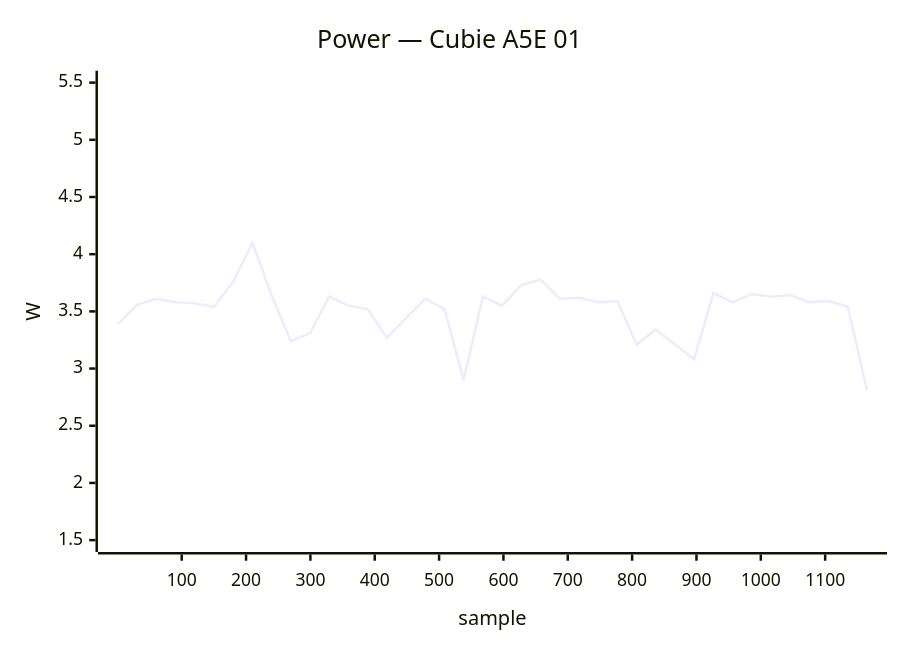
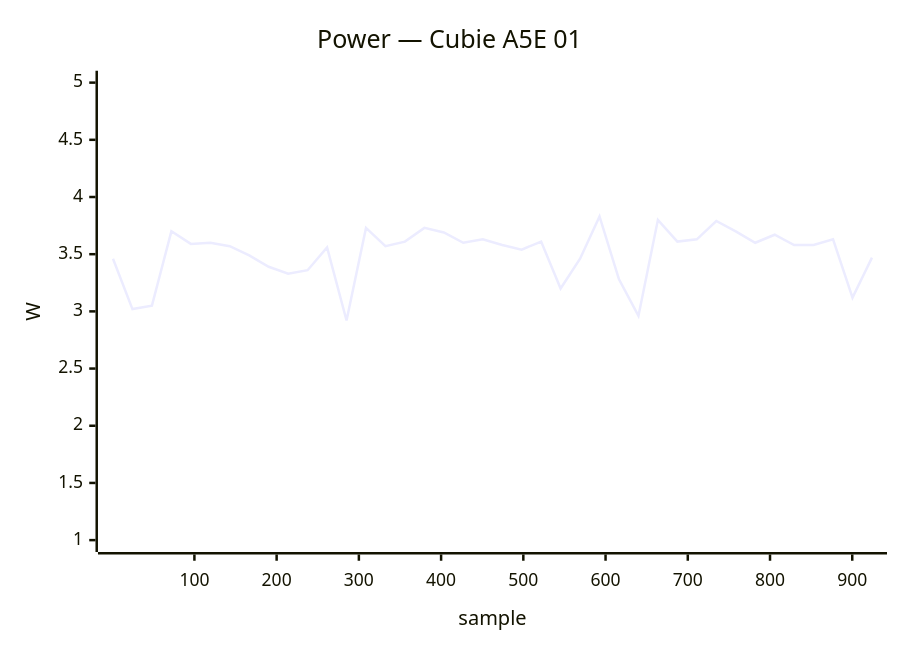
One commit to armbian/documentation changed the second of 27 diagrams in docs/status/board-tests.md. Above: the diagram before and after it, drawn with Mermaid. The commit also changed other lines of this file, not shown here.

````diff
--- a/docs/status/board-tests.md
+++ b/docs/status/board-tests.md
@@ -78,7 +78,7 @@
 ```mermaid
 xychart-beta
     title "Power — Cubie A5E 01"
-    x-axis "sample" 1 --> 1165
-    y-axis "W" 1.5 --> 5.5
-    line [3.39, 3.56, 3.61, 3.58, 3.57, 3.54, 3.76, 4.10, 3.64, 3.24, 3.31, 3.63, 3.55, 3.52, 3.27, 3.44, 3.61, 3.52, 2.90, 3.63, 3.55, 3.73, 3.78, 3.61, 3.62, 3.58, 3.59, 3.21, 3.34, 3.21, 3.08, 3.66, 3.58, 3.65, 3.63, 3.64, 3.58, 3.59, 3.54, 2.81]
+    x-axis "sample" 1 --> 924
+    y-axis "W" 1.0 --> 5.0
+    line [3.46, 3.02, 3.05, 3.70, 3.59, 3.60, 3.57, 3.49, 3.39, 3.33, 3.36, 3.56, 2.92, 3.73, 3.57, 3.61, 3.73, 3.69, 3.60, 3.63, 3.58, 3.54, 3.61, 3.20, 3.46, 3.83, 3.28, 2.96, 3.80, 3.61, 3.63, 3.79, 3.70, 3.60, 3.67, 3.58, 3.58, 3.63, 3.12, 3.47]
 ```
````
